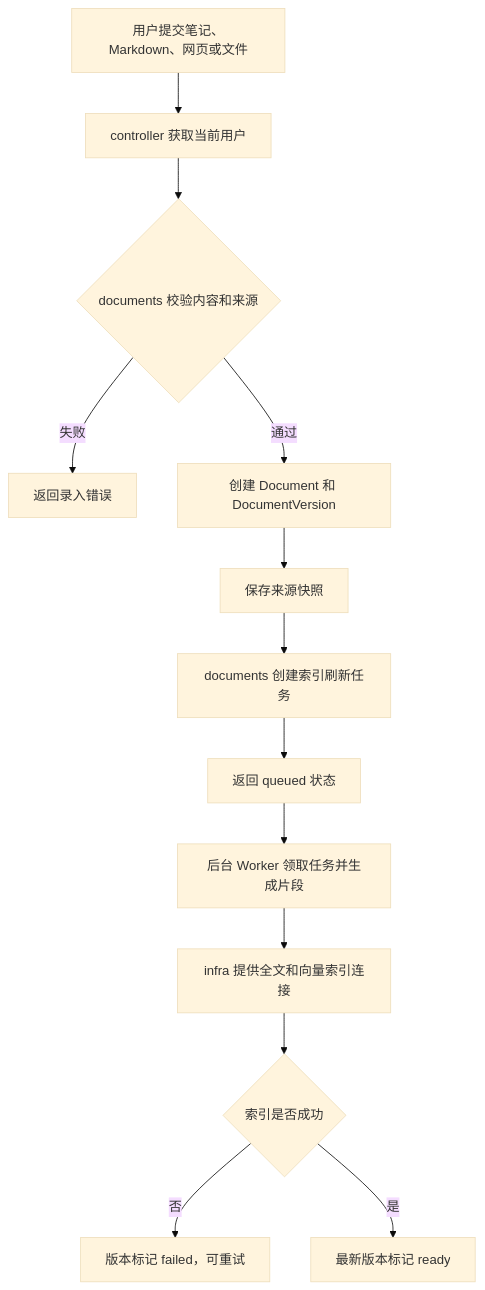
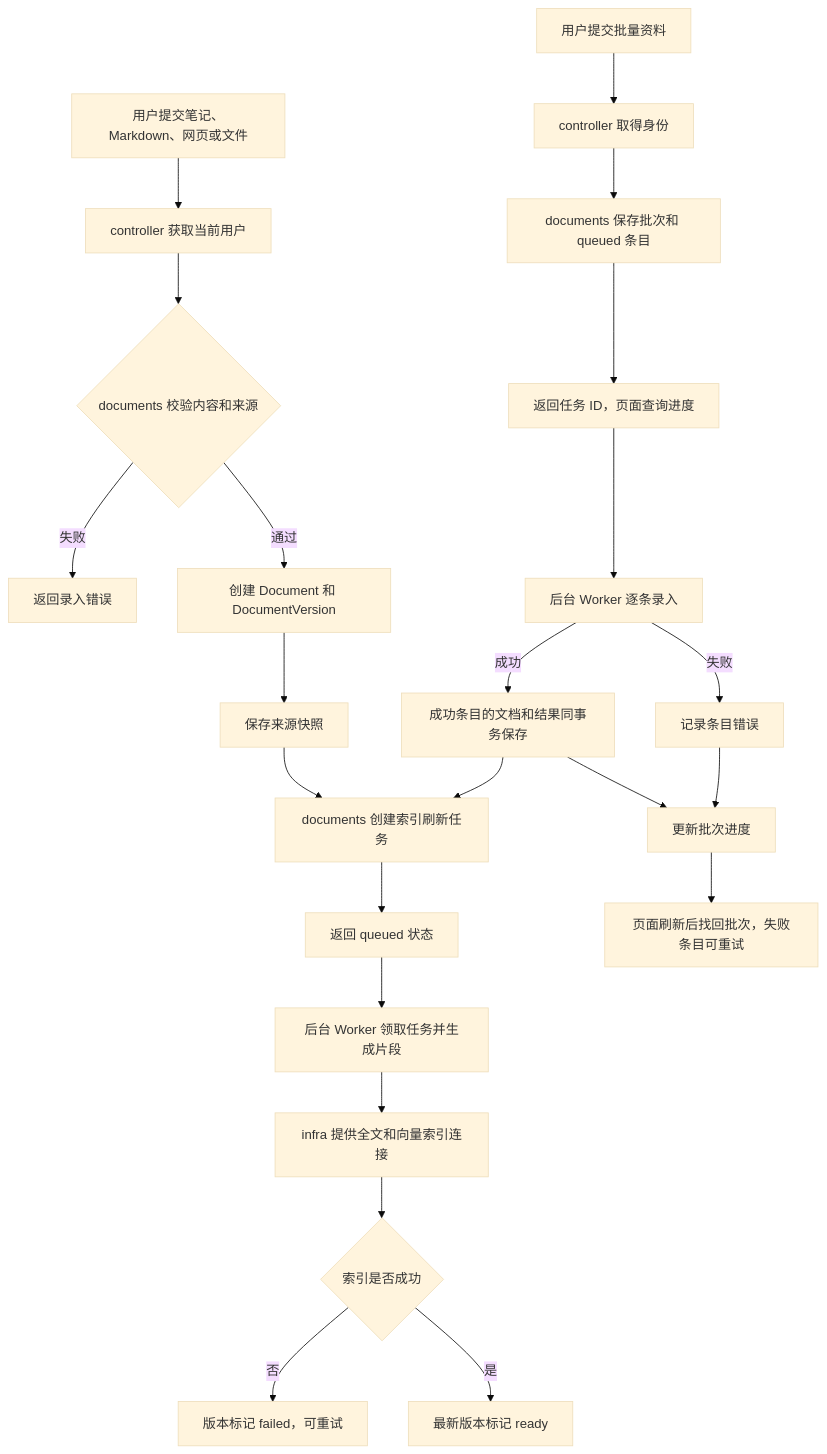
Before and after one commit to yoyo021608/yoyo-knowledge-base: the diagram in docs/flows/document-import.md, drawn with Mermaid (base theme). The commit also changed other lines of this file and 10 other files, not shown here.

````diff
--- a/docs/flows/document-import.md
+++ b/docs/flows/document-import.md
@@ -3,15 +3,25 @@
 ```mermaid
 flowchart TD
     A[用户提交笔记、Markdown、网页或文件] --> B[controller 获取当前用户]
     B --> C{documents 校验内容和来源}
     C -- 失败 --> D[返回录入错误]
     C -- 通过 --> E[创建 Document 和 DocumentVersion]
     E --> F[保存来源快照]
     F --> G[documents 创建索引刷新任务]
     G --> H[返回 queued 状态]
     H --> I[后台 Worker 领取任务并生成片段]
     I --> J[infra 提供全文和向量索引连接]
     J --> K{索引是否成功}
     K -- 否 --> L[版本标记 failed，可重试]
     K -- 是 --> M[最新版本标记 ready]
+    N[用户提交批量资料] --> O[controller 取得身份]
+    O --> P[documents 保存批次和 queued 条目]
+    P --> Q[返回任务 ID，页面查询进度]
+    Q --> R[后台 Worker 逐条录入]
+    R -- 成功 --> U[成功条目的文档和结果同事务保存]
+    U --> G
+    U --> S[更新批次进度]
+    R -- 失败 --> V[记录条目错误]
+    V --> S
+    S --> T[页面刷新后找回批次，失败条目可重试]
 ```
````
